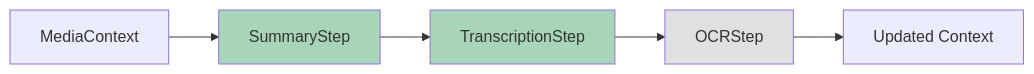
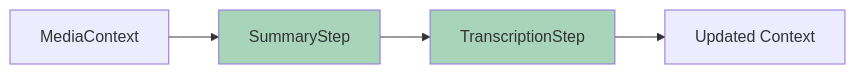
One commit to VladimirMonin/poc_vector_sqlite changed the first of 4 diagrams in doc/architecture/phase_14_media_crisis/76_smart_steps_summary_transcription.md. Above: the diagram before and after it, drawn with Mermaid. The commit also changed other lines of this file and 2 other files, not shown here.

````diff
--- a/doc/architecture/phase_14_media_crisis/76_smart_steps_summary_transcription.md
+++ b/doc/architecture/phase_14_media_crisis/76_smart_steps_summary_transcription.md
@@ -52,11 +52,9 @@
 ```mermaid
 graph LR
     A[MediaContext] --> B[SummaryStep]
     B --> C[TranscriptionStep]
-    C --> D[OCRStep]
-    D --> E[Updated Context]
+    C --> D[Updated Context]
     
     style B fill:#a8d5ba
     style C fill:#a8d5ba
-    style D fill:#e0e0e0
 ```
````
